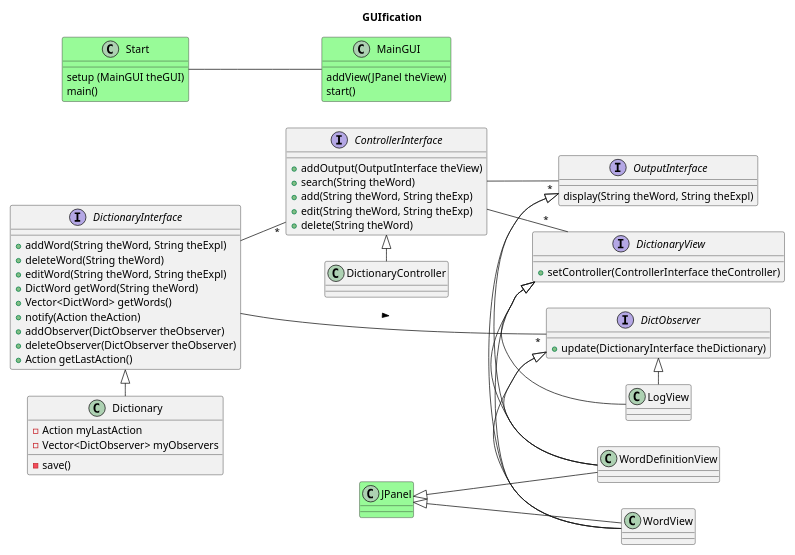
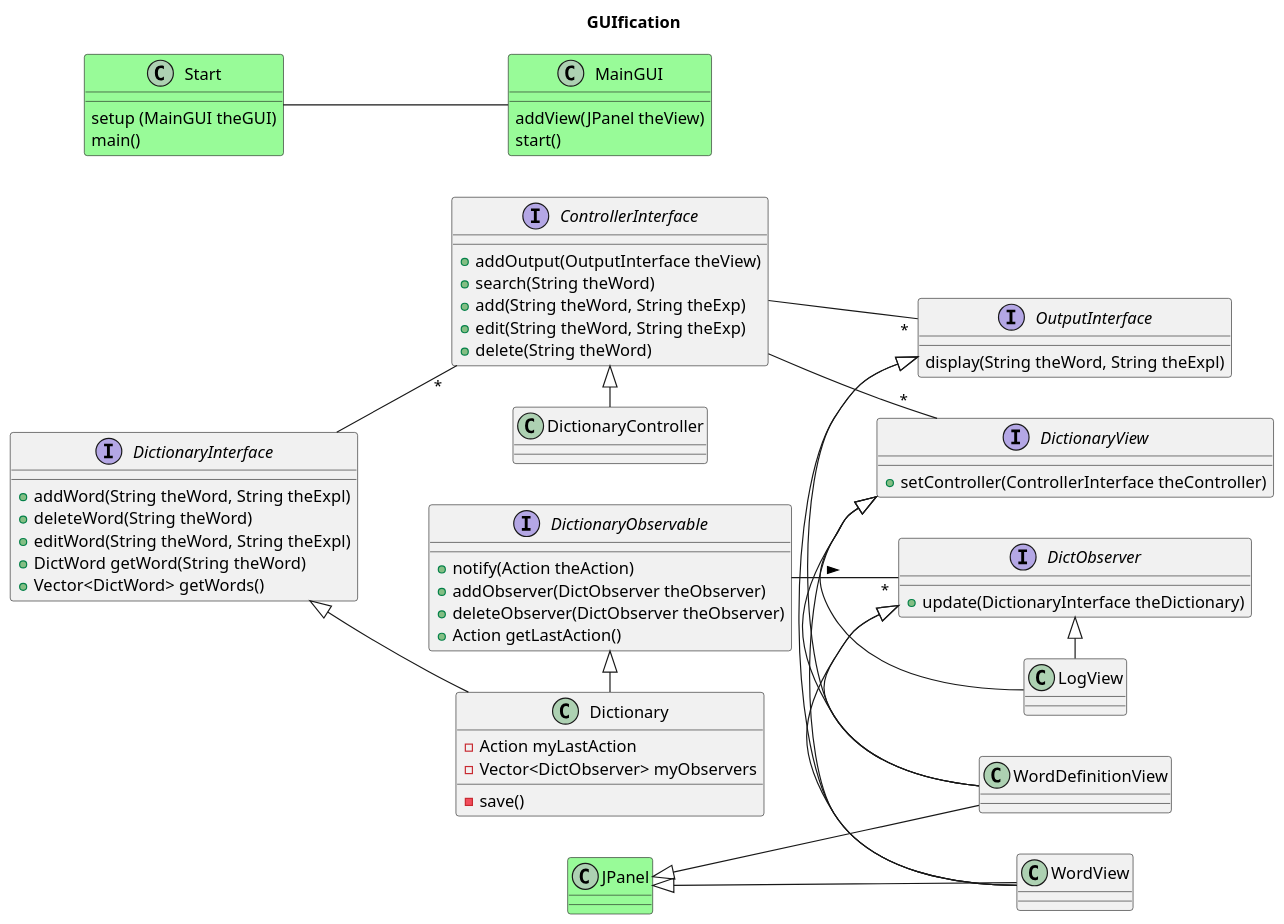
One commit to bth-dipt-teaching/PA1458-OO-Design changed the eighth of 8 diagrams in Lectures/07_Design_to_Code.org. Above: the diagram before and after it, drawn with PlantUML. The commit also changed other lines of this file and 8 other files, not shown here.

```diff
--- a/Lectures/07_Design_to_Code.org
+++ b/Lectures/07_Design_to_Code.org
@@ -271,78 +278,80 @@
 #+BEGIN_SRC plantuml :file FDictionaryClass4.png
-scale max 800*600
+scale 1.2
 left to right direction
 title GUIfication
 interface DictionaryInterface
 DictionaryInterface : +addWord(String theWord, String theExpl)
 DictionaryInterface : +deleteWord(String theWord)
 DictionaryInterface : +editWord(String theWord, String theExpl)
 DictionaryInterface : +DictWord getWord(String theWord)
 DictionaryInterface : +Vector<DictWord> getWords()
 
 interface DictionaryView
 DictionaryView : +setController(ControllerInterface theController)
 
 interface ControllerInterface
 ControllerInterface : +addOutput(OutputInterface theView)
 ControllerInterface : +search(String theWord)
 ControllerInterface : +add(String theWord, String theExp)
 ControllerInterface : +edit(String theWord, String theExp)
 ControllerInterface : +delete(String theWord)
 
 ControllerInterface -- "*" OutputInterface
 interface OutputInterface
 OutputInterface : display(String theWord, String theExpl)
 
 DictionaryInterface -- "*" ControllerInterface
 ControllerInterface -- "*" DictionaryView
 
 DictionaryInterface <|- Dictionary
 Dictionary : -save()
 
 ControllerInterface <|- DictionaryController
 
 DictionaryView <|- WordView
 DictionaryView <|- WordDefinitionView
 DictionaryView <|- LogView
 
 OutputInterface <|- WordView
 OutputInterface <|- WordDefinitionView
 
 interface DictObserver
 DictObserver : +update(DictionaryInterface theDictionary)
 DictObserver <|- WordView
 DictObserver <|- WordDefinitionView
 DictObserver <|- LogView
 
-DictionaryInterface : +notify(Action theAction)
-DictionaryInterface : +addObserver(DictObserver theObserver)
-DictionaryInterface : +deleteObserver(DictObserver theObserver)
-DictionaryInterface : +Action getLastAction()
+interface DictionaryObservable
+DictionaryObservable : +notify(Action theAction)
+DictionaryObservable : +addObserver(DictObserver theObserver)
+DictionaryObservable : +deleteObserver(DictObserver theObserver)
+DictionaryObservable : +Action getLastAction()
+
+DictionaryObservable <|- Dictionary
 
 Dictionary : -Action myLastAction
 Dictionary : -Vector<DictObserver> myObservers
 
-DictionaryInterface -- "*" DictObserver : >
-
+DictionaryObservable -- "*" DictObserver : >
 ' --- 
 class MainGUI #PaleGreen
 class Start #PaleGreen
 class JPanel #PaleGreen
 
 MainGUI : addView(JPanel theView)
 MainGUI : start()
 
 Start : setup (MainGUI theGUI)
 Start : main()
 
 Start -- MainGUI
 ' Don't add the links below because they clutter up too much
 ' Start -- Dictionary : creates
 ' Start -- LogView : creates
 ' Start -- WordView : creates
 ' Start -- WordDefinitionView : creates
 ' Start -- DictionaryController : creates
 
 JPanel <|-- WordDefinitionView
 JPanel <|-- WordView
 #+END_SRC
```
